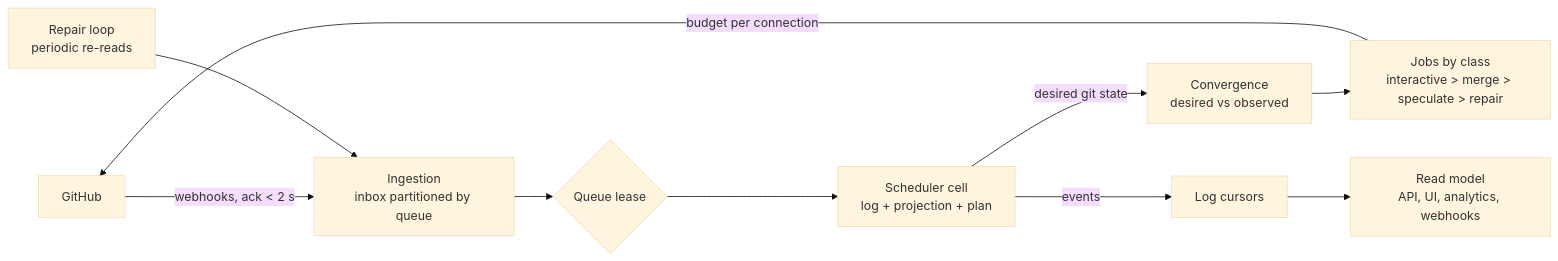
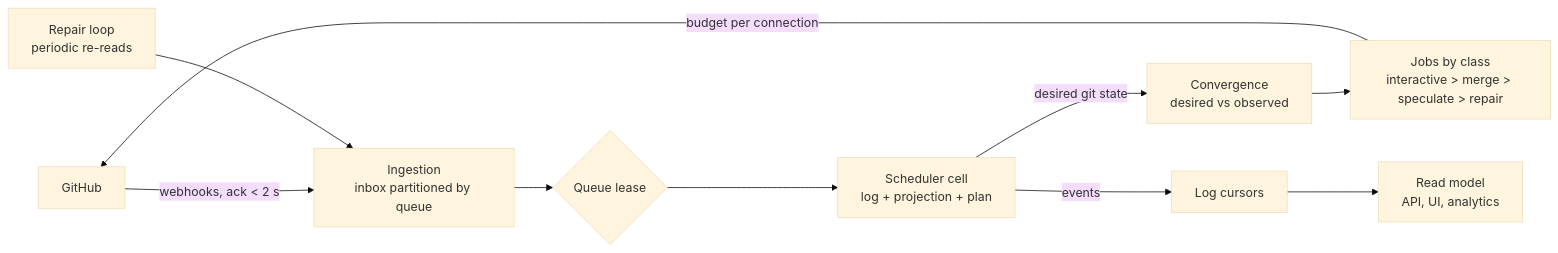
One commit to getcihub/cihub changed the diagram in specs/ARCHITECTURE.md. Above: the diagram before and after it, drawn with Mermaid (base theme). The commit also changed other lines of this file and 44 other files, not shown here.

````diff
--- a/specs/ARCHITECTURE.md
+++ b/specs/ARCHITECTURE.md
@@ -5,12 +9,12 @@
 ```mermaid
 flowchart LR
   GH[GitHub] -->|webhooks, ack < 2 s| IN[Ingestion<br/>inbox partitioned by queue]
   IN --> LEASE{Queue lease}
   LEASE --> CELL[Scheduler cell<br/>log + projection + plan]
   CELL -->|desired git state| DIFF[Convergence<br/>desired vs observed]
   DIFF --> JOBS[Jobs by class<br/>interactive > merge > speculate > repair]
   JOBS -->|budget per connection| GH
   REP[Repair loop<br/>periodic re-reads] --> IN
   CELL -->|events| OUT[Log cursors]
-  OUT --> RM[Read model<br/>API, UI, analytics, webhooks]
+  OUT --> RM[Read model<br/>API, UI, analytics]
 ```
````
